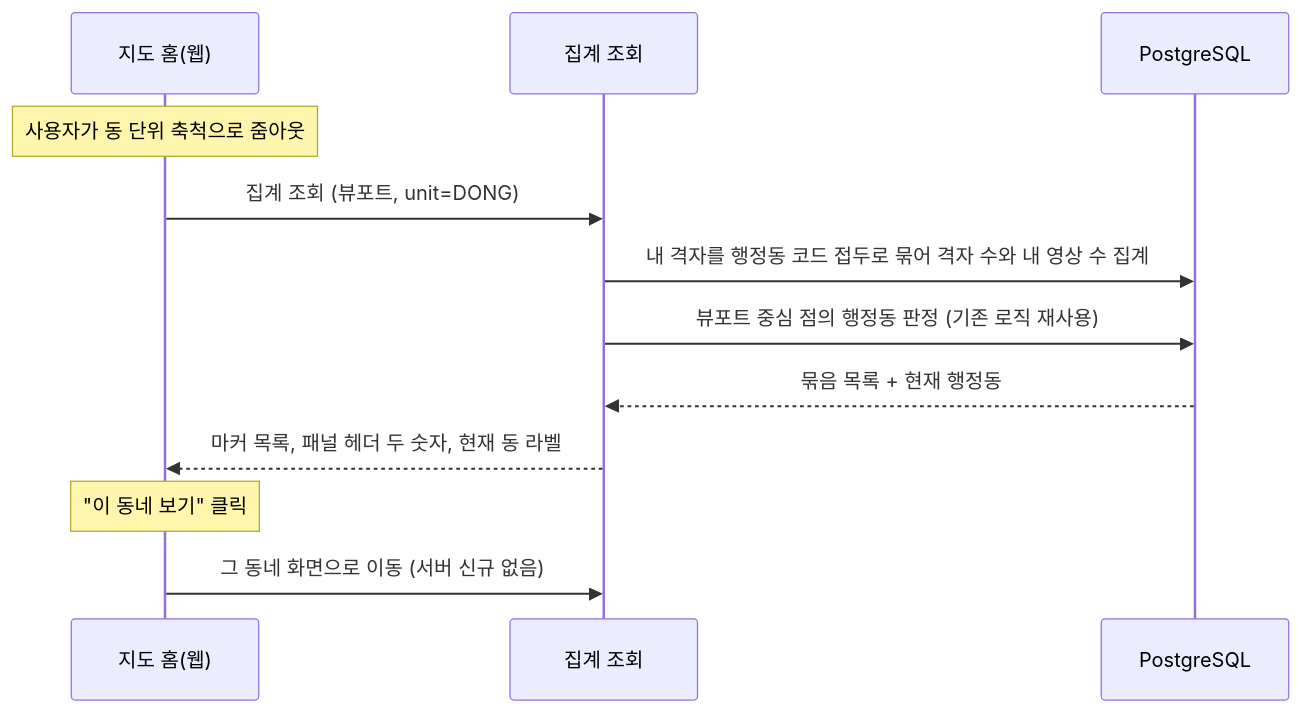
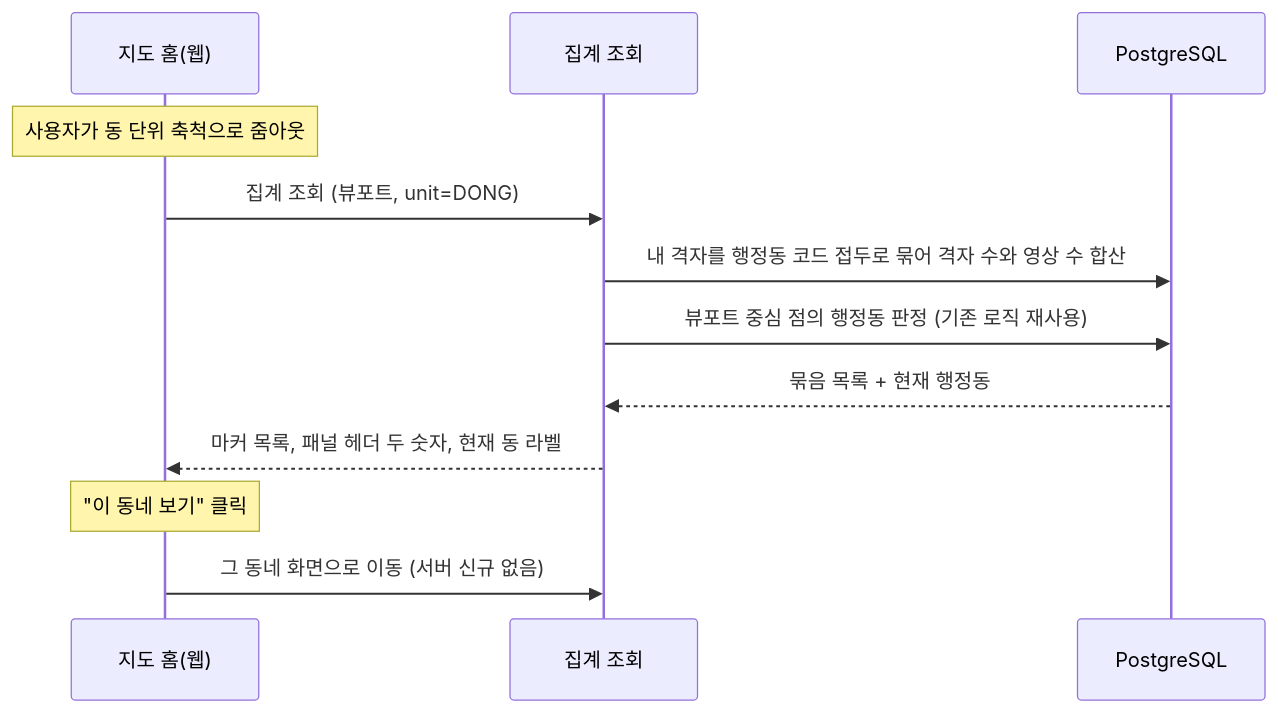
One commit to ASM-MSG/BE changed the first of 2 diagrams in docs/prd/MSG-374-prd.md. Above: the diagram before and after it, drawn with Mermaid. The commit also changed other lines of this file, not shown here.

````diff
--- a/docs/prd/MSG-374-prd.md
+++ b/docs/prd/MSG-374-prd.md
@@ -48,15 +48,15 @@
 ```mermaid
 sequenceDiagram
     participant FE as 지도 홈(웹)
     participant API as 집계 조회
     participant DB as PostgreSQL
 
     Note over FE: 사용자가 동 단위 축척으로 줌아웃
     FE->>API: 집계 조회 (뷰포트, unit=DONG)
-    API->>DB: 내 격자를 행정동 코드 접두로 묶어 격자 수와 내 영상 수 집계
+    API->>DB: 내 격자를 행정동 코드 접두로 묶어 격자 수와 영상 수 합산
     API->>DB: 뷰포트 중심 점의 행정동 판정 (기존 로직 재사용)
     DB-->>API: 묶음 목록 + 현재 행정동
     API-->>FE: 마커 목록, 패널 헤더 두 숫자, 현재 동 라벨
     Note over FE: "이 동네 보기" 클릭
     FE->>API: 그 동네 화면으로 이동 (서버 신규 없음)
 ```
````
